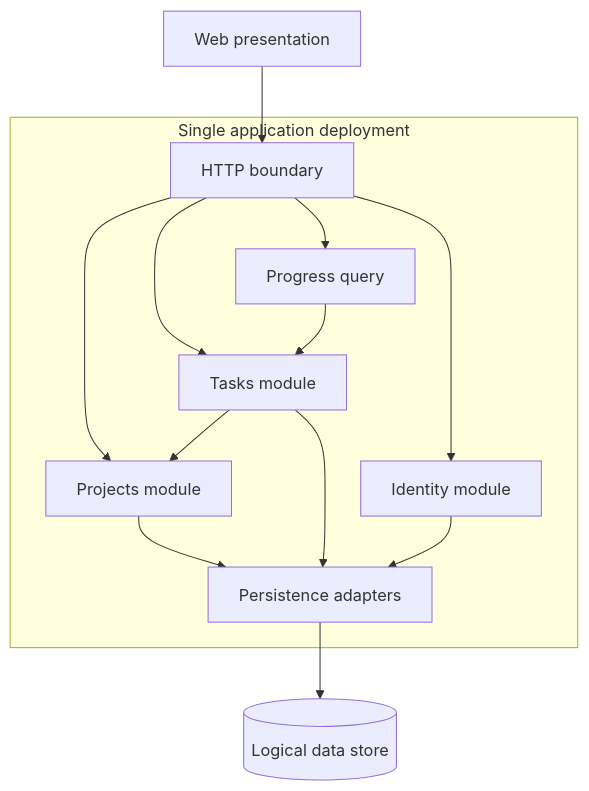
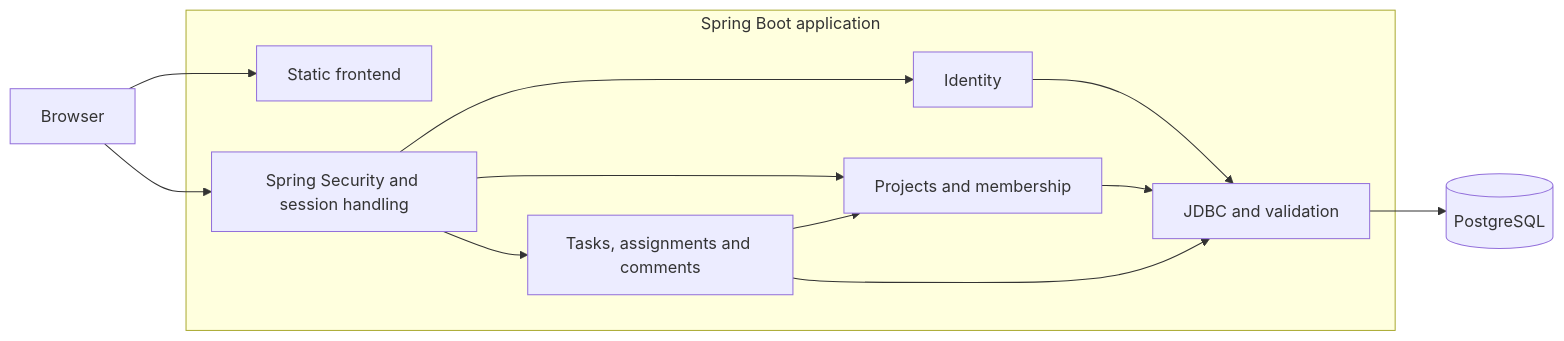
The diagram in docs/architecture.md (catarinaMachadoDev/Matriz), drawn with Mermaid before and after one commit. The commit also changed other lines of this file and 42 other files, not shown here.

````diff
--- a/docs/architecture.md
+++ b/docs/architecture.md
@@ -29,16 +5,22 @@
 ```mermaid
-flowchart TB
-  UI[Web presentation] --> HTTP[HTTP boundary]
-  subgraph App[Single application deployment]
-    HTTP --> Identity[Identity module]
-    HTTP --> Projects[Projects module]
-    HTTP --> Tasks[Tasks module]
-    HTTP --> Progress[Progress query]
-    Tasks --> Projects
-    Progress --> Tasks
-    Projects --> Store[Persistence adapters]
-    Tasks --> Store
-    Identity --> Store
+flowchart LR
+  Browser[Browser]
+  subgraph App[Spring Boot application]
+    Static[Static frontend]
+    Security[Spring Security and session handling]
+    Identity[Identity]
+    Projects[Projects and membership]
+    Tasks[Tasks, assignments and comments]
+    Shared[JDBC and validation]
   end
-  Store --> DB[(Logical data store)]
+  Browser --> Static
+  Browser --> Security
+  Security --> Identity
+  Security --> Projects
+  Security --> Tasks
+  Tasks --> Projects
+  Identity --> Shared
+  Projects --> Shared
+  Tasks --> Shared
+  Shared --> Postgres[(PostgreSQL)]
 ```
````
